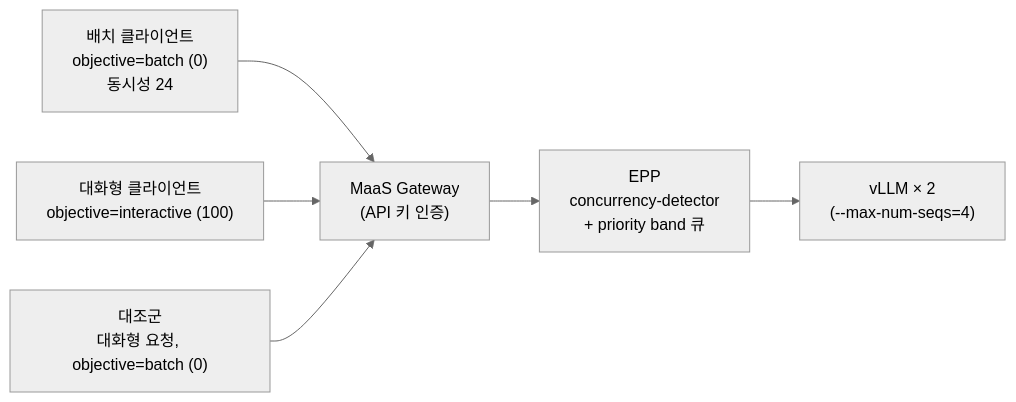
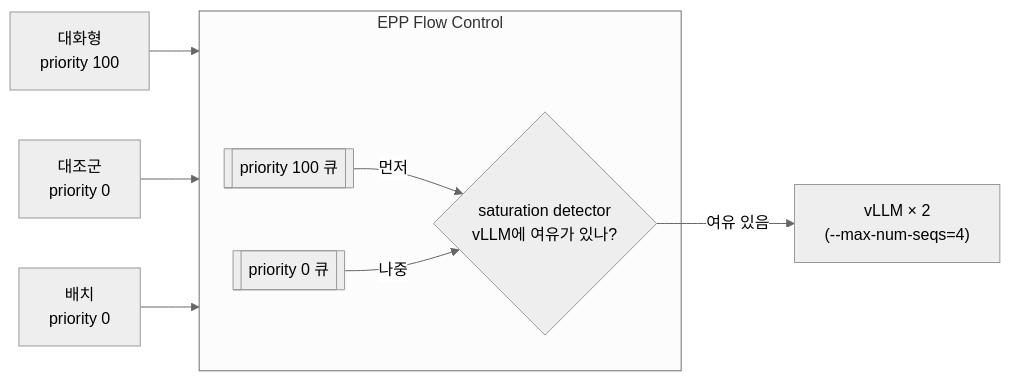
The diagram in docs/scenarios/21-flow-control-priority.md (jangminjun/openshift-ai-llmd-demo), drawn with Mermaid (neutral theme) before and after one commit. The commit also changed other lines of this file and 3 other files, not shown here.

````diff
--- a/docs/scenarios/21-flow-control-priority.md
+++ b/docs/scenarios/21-flow-control-priority.md
@@ -14,8 +12,11 @@
 ```mermaid
 flowchart LR
-    B["배치 클라이언트\nobjective=batch (0)\n동시성 24"] --> GW["MaaS Gateway\n(API 키 인증)"]
-    I["대화형 클라이언트\nobjective=interactive (100)"] --> GW
-    C["대조군\n대화형 요청, objective=batch (0)"] --> GW
-    GW --> EPP["EPP\nconcurrency-detector\n+ priority band 큐"]
-    EPP --> V["vLLM × 2\n(--max-num-seqs=4)"]
+    I["대화형<br/>priority 100"] --> EPP
+    C["대조군<br/>priority 0"] --> EPP
+    B["배치<br/>priority 0"] --> EPP
+    subgraph EPP["EPP Flow Control"]
+        Q100[["priority 100 큐"]] -->|먼저| SD{"saturation detector<br/>vLLM에 여유가 있나?"}
+        Q0[["priority 0 큐"]] -->|나중| SD
+    end
+    SD -->|여유 있음| V["vLLM × 2<br/>(--max-num-seqs=4)"]
 ```
````
